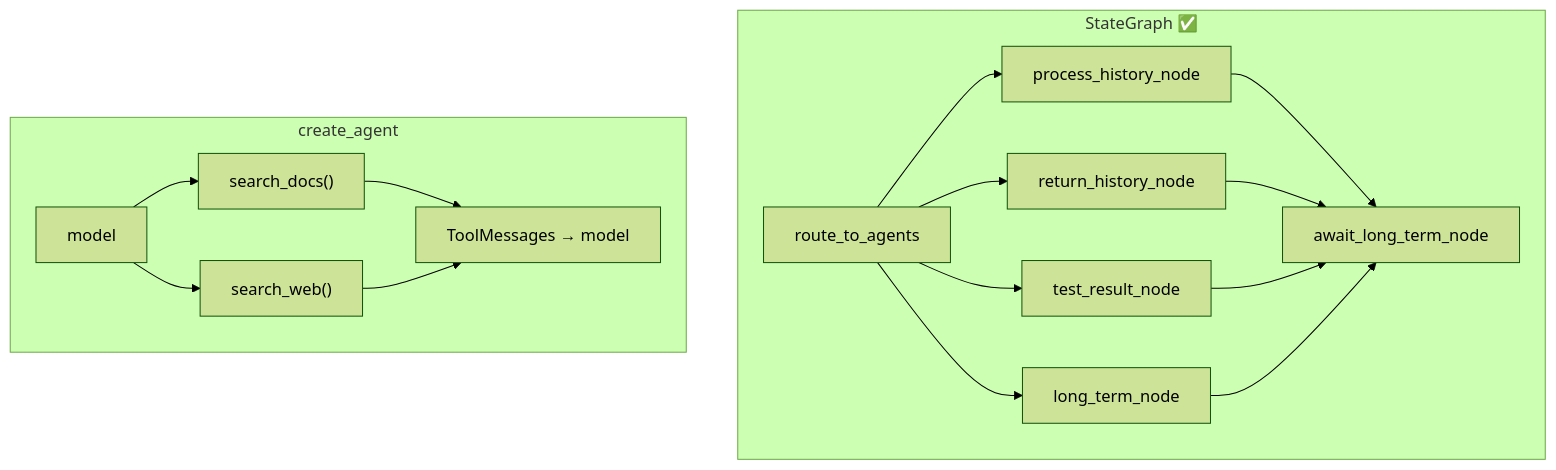
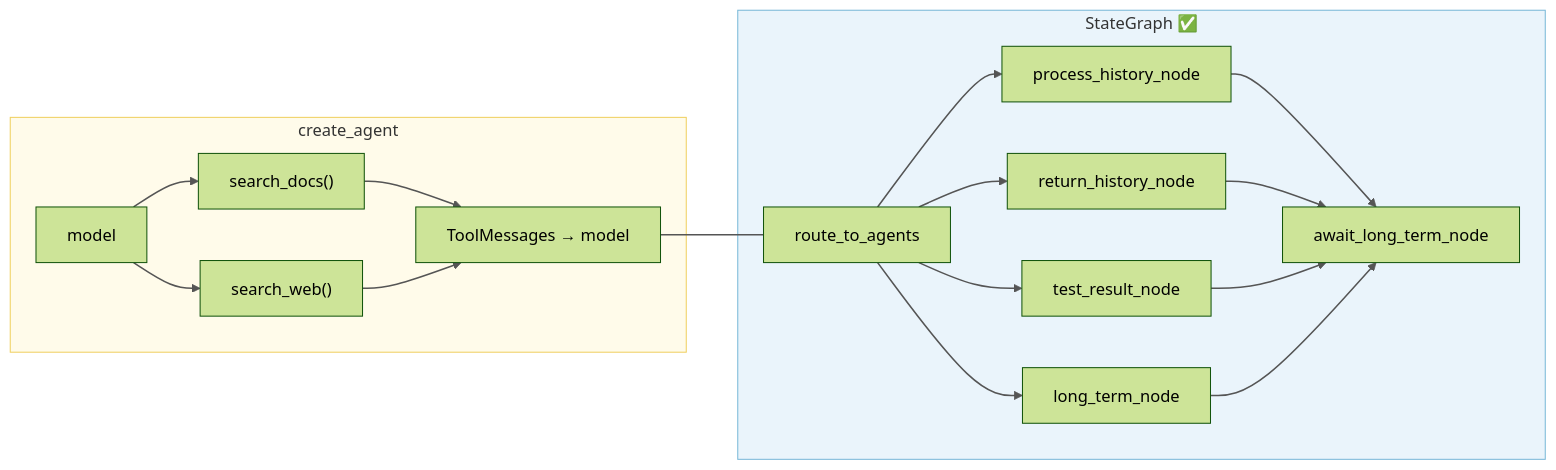
The eighth of 11 diagrams in 3_playground/display_defect_chatbot/docs/final_presentation.md (daehun1102/langchain_study), drawn with Mermaid (forest theme) before and after one commit. The commit also changed other lines of this file and 2 other files, not shown here.

Commit message:
docs: Update presentation docs and add graph image

````diff
--- a/3_playground/display_defect_chatbot/docs/final_presentation.md
+++ b/3_playground/display_defect_chatbot/docs/final_presentation.md
@@ -178,19 +199,23 @@
 ```mermaid
 flowchart LR
     subgraph A["create_agent"]
         M1["model"] --> T1["search_docs()"]
         M1 --> T2["search_web()"]
         T1 --> R1["ToolMessages → model"]
         T2 --> R1
     end
 
     subgraph B["StateGraph ✅"]
         S["route_to_agents"] --> L["process_history_node"]
         S --> R["return_history_node"]
         S --> TS["test_result_node"]
         S --> LT["long_term_node"]
         L & R & TS & LT --> J["await_long_term_node"]
     end
 
     R1 ~~~ S
+
+    style A fill:#fffbea,stroke:#f0d060,color:#333
+    style B fill:#eaf4fb,stroke:#7ab8d8,color:#333
+    linkStyle default stroke:#555,stroke-width:1.5px
 ```
````
